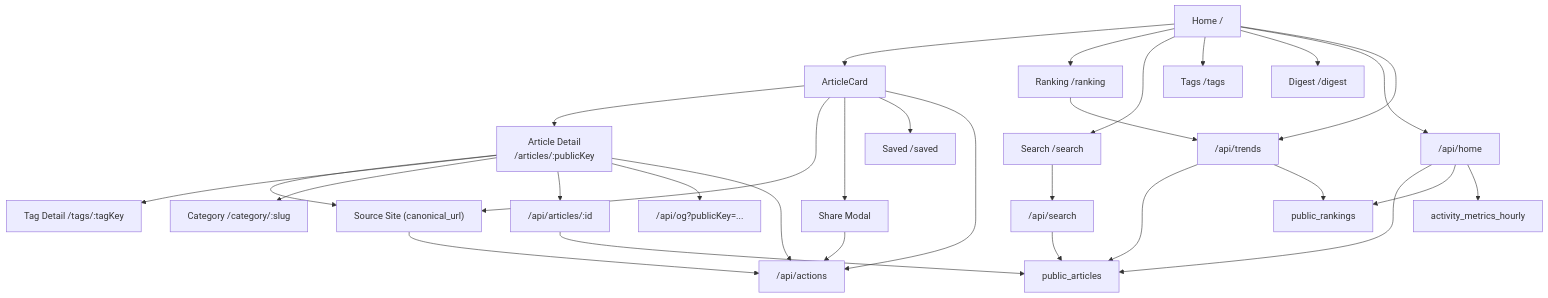
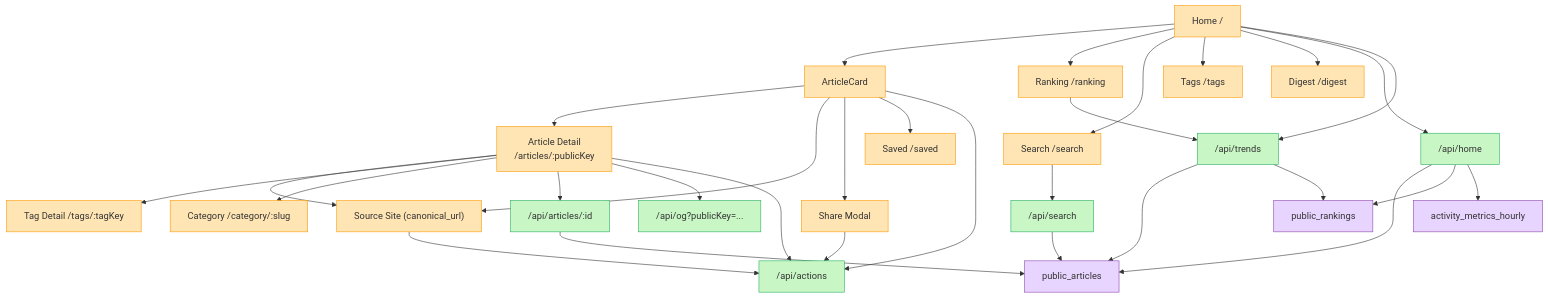
One commit to rohto4/ai-hub changed the first of 2 diagrams in docs/imp/screen-flow.md. Above: the diagram before and after it, drawn with Mermaid. The commit also changed other lines of this file and 1 other file, not shown here.

Commit message:
docs: Mermaid 図に凡例に合わせた着色を追加
screen-flow: 画面(橙) / API(緑) / 管理(赤) / DB(紫) で色分け
data-flow: バッチ(赤) / DB(紫) / タグ系(水色) で色分け

````diff
--- a/docs/imp/screen-flow.md
+++ b/docs/imp/screen-flow.md
@@ -34,38 +34,42 @@
 ```mermaid
 flowchart TD
-    Home["Home /"] --> ArticleCard["ArticleCard"]
-    Home --> Ranking["Ranking /ranking"]
-    Home --> Search["Search /search"]
-    Home --> Tags["Tags /tags"]
-    Home --> Digest["Digest /digest"]
+    classDef screen fill:#ffe5b4,stroke:#f90,color:#333
+    classDef api    fill:#c8f7c5,stroke:#27ae60,color:#333
+    classDef db     fill:#e8d5ff,stroke:#8e44ad,color:#333
 
-    ArticleCard --> Detail["Article Detail<br/>/articles/:publicKey"]
-    ArticleCard --> Source["Source Site (canonical_url)"]
-    ArticleCard --> Share["Share Modal"]
-    ArticleCard --> SavedPage["Saved /saved"]
+    Home["Home /"]:::screen --> ArticleCard["ArticleCard"]:::screen
+    Home:::screen --> Ranking["Ranking /ranking"]:::screen
+    Home --> Search["Search /search"]:::screen
+    Home --> Tags["Tags /tags"]:::screen
+    Home --> Digest["Digest /digest"]:::screen
+
+    ArticleCard --> Detail["Article Detail<br/>/articles/:publicKey"]:::screen
+    ArticleCard --> Source["Source Site (canonical_url)"]:::screen
+    ArticleCard --> Share["Share Modal"]:::screen
+    ArticleCard --> SavedPage["Saved /saved"]:::screen
 
     Detail --> Source
-    Detail --> TagDetail["Tag Detail /tags/:tagKey"]
-    Detail --> Category["Category /category/:slug"]
+    Detail --> TagDetail["Tag Detail /tags/:tagKey"]:::screen
+    Detail --> Category["Category /category/:slug"]:::screen
 
-    Home --> HomeApi["/api/home"]
-    Home --> TrendsApi["/api/trends"]
-    Search --> SearchApi["/api/search"]
+    Home --> HomeApi["/api/home"]:::api
+    Home --> TrendsApi["/api/trends"]:::api
+    Search --> SearchApi["/api/search"]:::api
     Ranking --> TrendsApi
 
-    HomeApi --> PublicArticles["public_articles"]
-    HomeApi --> PublicRankings["public_rankings"]
-    HomeApi --> ActivityMetrics["activity_metrics_hourly"]
+    HomeApi --> PublicArticles["public_articles"]:::db
+    HomeApi --> PublicRankings["public_rankings"]:::db
+    HomeApi --> ActivityMetrics["activity_metrics_hourly"]:::db
     SearchApi --> PublicArticles
     TrendsApi --> PublicArticles
     TrendsApi --> PublicRankings
 
-    Detail --> DetailApi["/api/articles/:id"]
-    Detail --> OgApi["/api/og?publicKey=..."]
+    Detail --> DetailApi["/api/articles/:id"]:::api
+    Detail --> OgApi["/api/og?publicKey=..."]:::api
     DetailApi --> PublicArticles
 
-    ArticleCard --> Actions["/api/actions"]
+    ArticleCard --> Actions["/api/actions"]:::api
     Detail --> Actions
     Source --> Actions
     Share --> Actions
 ```
````
